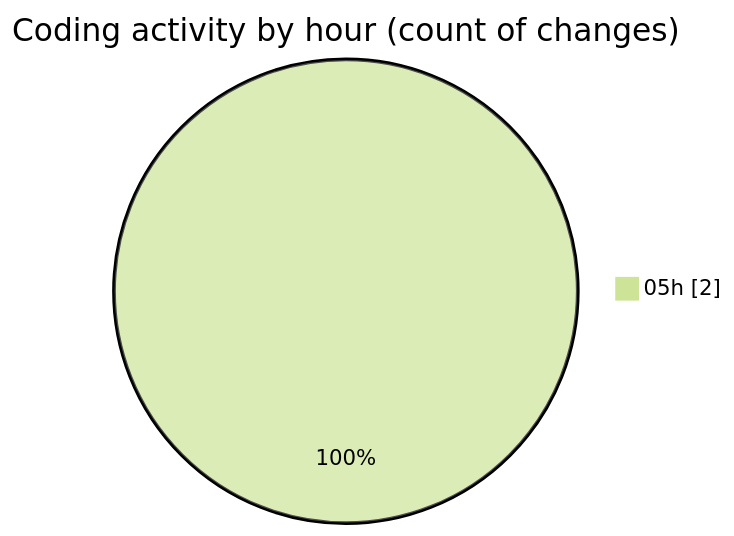
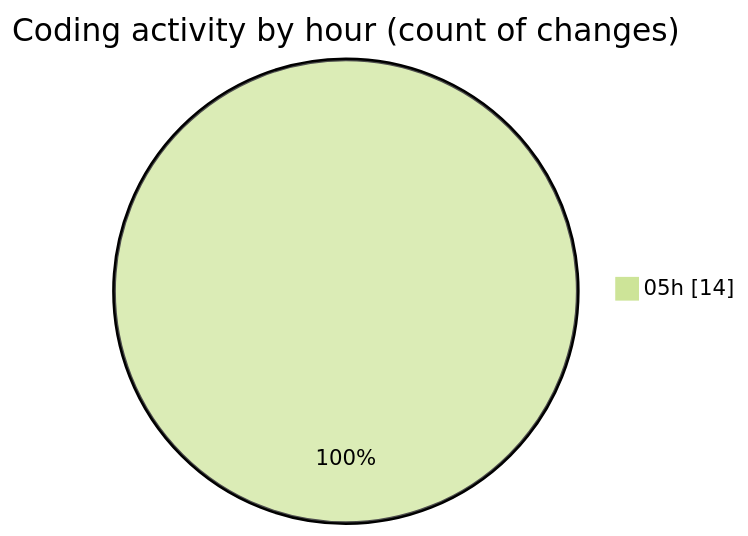
The second of 2 diagrams in 2025-09-01/project/README.md (IJAZ3593/code-tracking), drawn with Mermaid (forest theme) before and after one commit. The commit also changed other lines of this file and 1 other file, not shown here.

````diff
--- a/2025-09-01/project/README.md
+++ b/2025-09-01/project/README.md
@@ -28,5 +36,5 @@
 ```mermaid
 pie showData
 title Coding activity by hour (count of changes)
-"05h" : 2
+"05h" : 14
 ```
````
